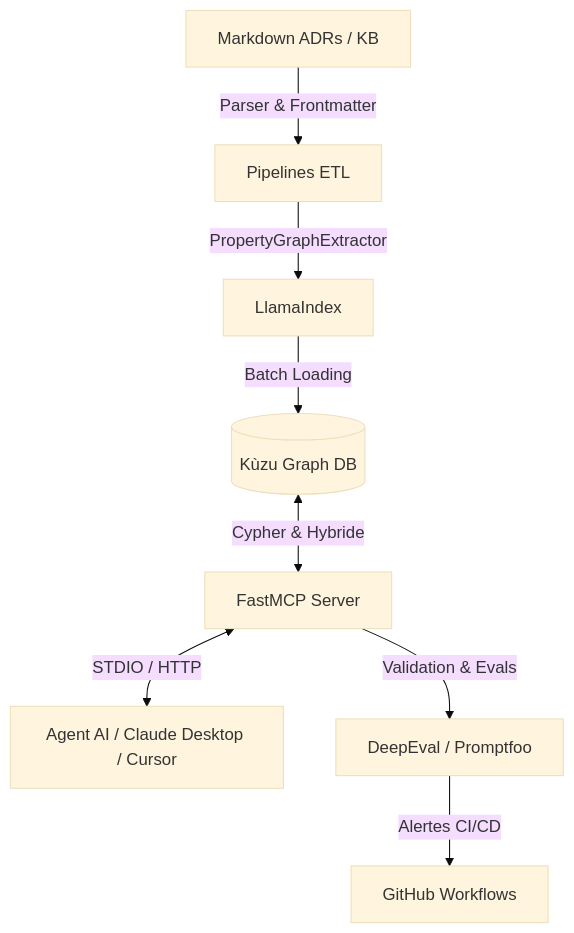
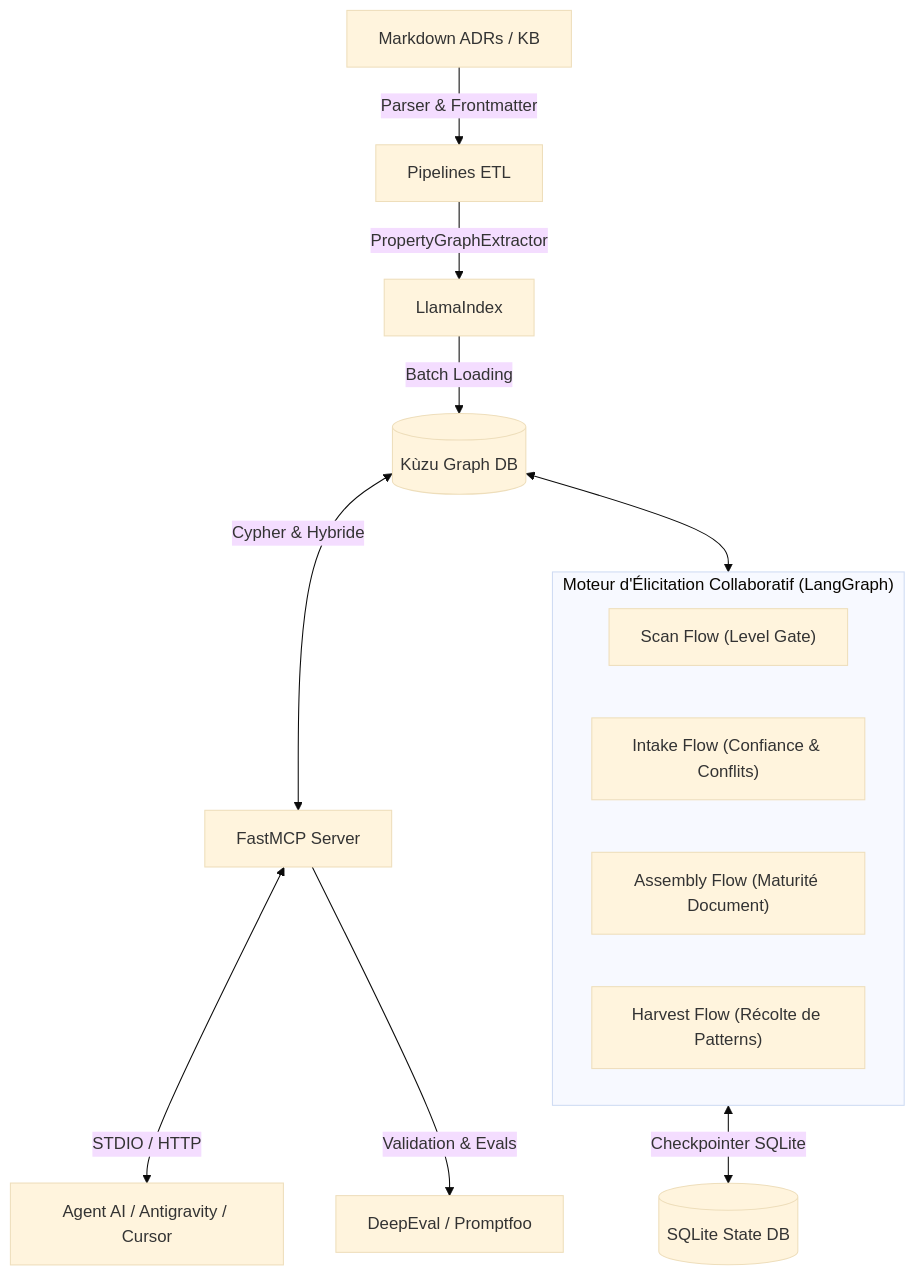
The diagram in README.md (MauriceIsrael/LLMOps), drawn with Mermaid (base theme) before and after one commit. The commit also changed other lines of this file and 1 other file, not shown here.

Commit message:
feat: integrate LangGraph elicitation engine with state persistence and documentation of Nordwave MCX reference scenario

````diff
--- a/README.md
+++ b/README.md
@@ -19,10 +21,19 @@
 ```mermaid
 graph TD
-    A[Markdown ADRs / KB] -->|Parser & Frontmatter| B[Pipelines ETL]
-    B -->|PropertyGraphExtractor| C[LlamaIndex]
-    C -->|Batch Loading| D[(Kùzu Graph DB)]
-    D <-->|Cypher & Hybride| E[FastMCP Server]
-    E <-->|STDIO / HTTP| F[Agent AI / Claude Desktop / Cursor]
-    E -->|Validation & Evals| G[DeepEval / Promptfoo]
-    G -->|Alertes CI/CD| H[GitHub Workflows]
+    A["Markdown ADRs / KB"] -->|Parser & Frontmatter| B["Pipelines ETL"]
+    B -->|PropertyGraphExtractor| C["LlamaIndex"]
+    C -->|Batch Loading| D[("Kùzu Graph DB")]
+    
+    subgraph Elicitation ["Moteur d'Élicitation Collaboratif (LangGraph)"]
+        E1["Scan Flow (Level Gate)"]
+        E2["Intake Flow (Confiance & Conflits)"]
+        E3["Assembly Flow (Maturité Document)"]
+        E4["Harvest Flow (Récolte de Patterns)"]
+    end
+
+    D <--> Elicitation
+    Elicitation <-->|Checkpointer SQLite| S[("SQLite State DB")]
+    D <-->|Cypher & Hybride| F["FastMCP Server"]
+    F <-->|STDIO / HTTP| G["Agent AI / Antigravity / Cursor"]
+    F -->|Validation & Evals| H["DeepEval / Promptfoo"]
 ```
````
